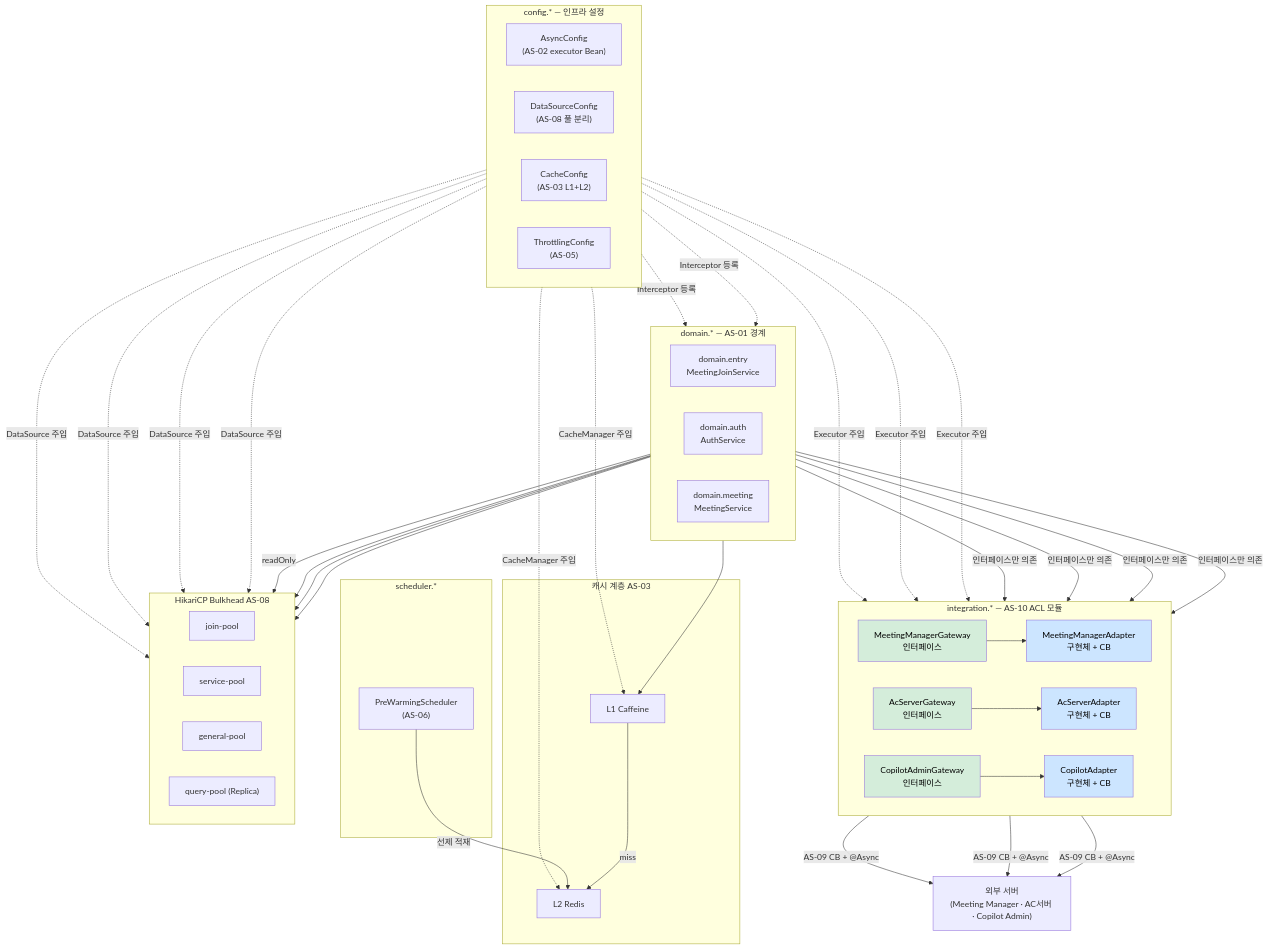
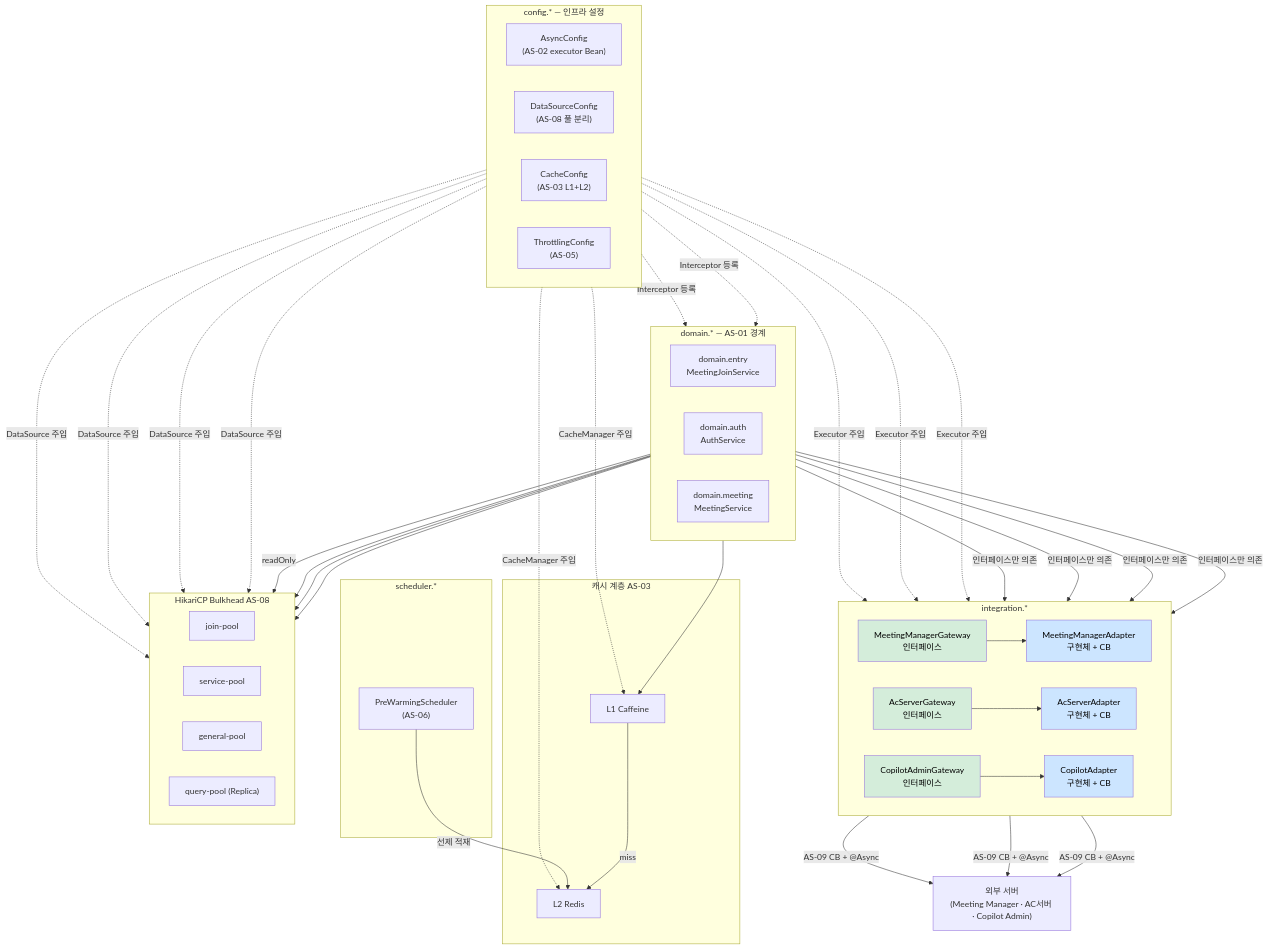
Before and after one commit to sujinnkim/A_Personal: the diagram in docs/05-architecture-design/4.2-execution/4.2.2-module-view/overview.md, drawn with Mermaid. The commit also changed other lines of this file and 24 other files, not shown here.

```diff
--- a/docs/05-architecture-design/4.2-execution/4.2.2-module-view/overview.md
+++ b/docs/05-architecture-design/4.2-execution/4.2.2-module-view/overview.md
@@ -80,7 +80,7 @@
         DM["domain.meeting\nMeetingService"]
     end
 
-    subgraph INTEGRATION["integration.*  — AS-10 ACL 모듈"]
+    subgraph INTEGRATION["integration.*"]
         direction LR
         MM_GW["MeetingManagerGateway\n인터페이스"]
         AC_GW["AcServerGateway\n인터페이스"]
```
